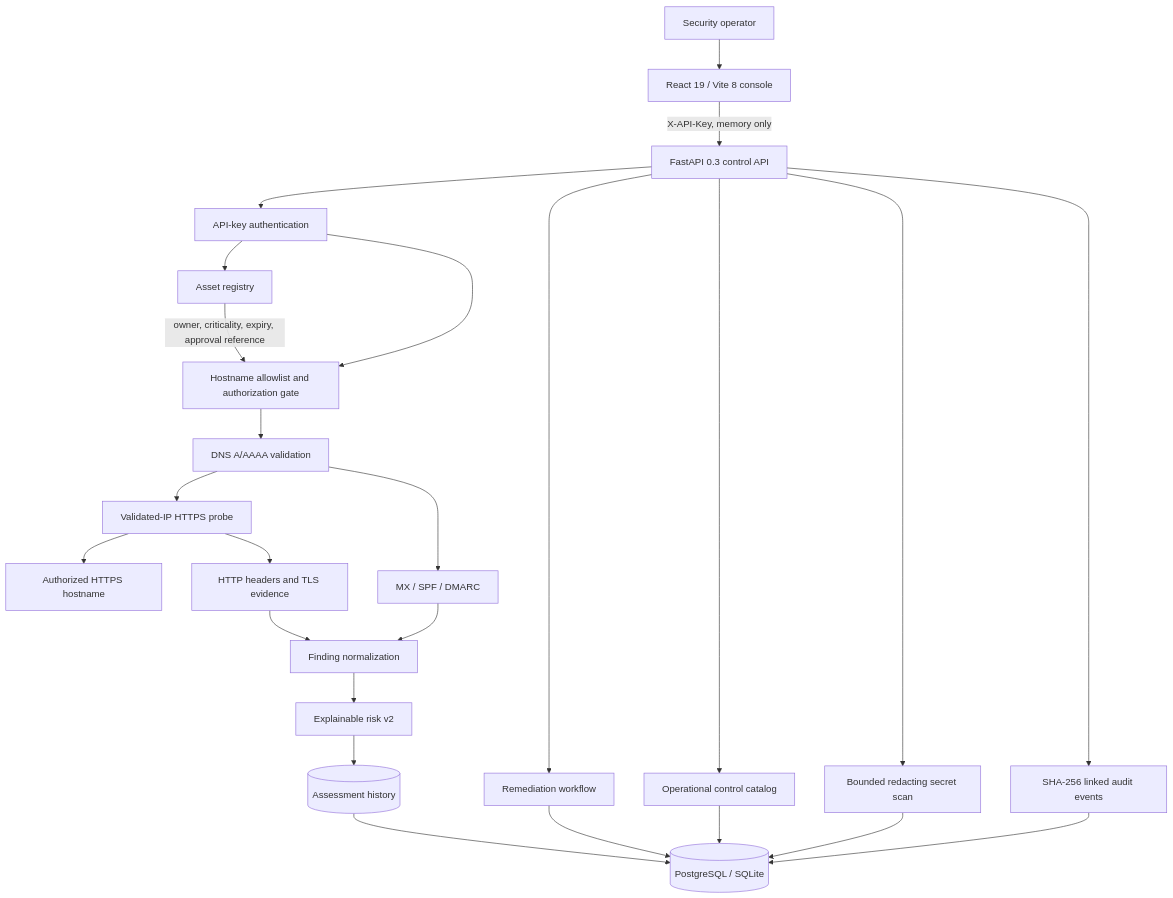
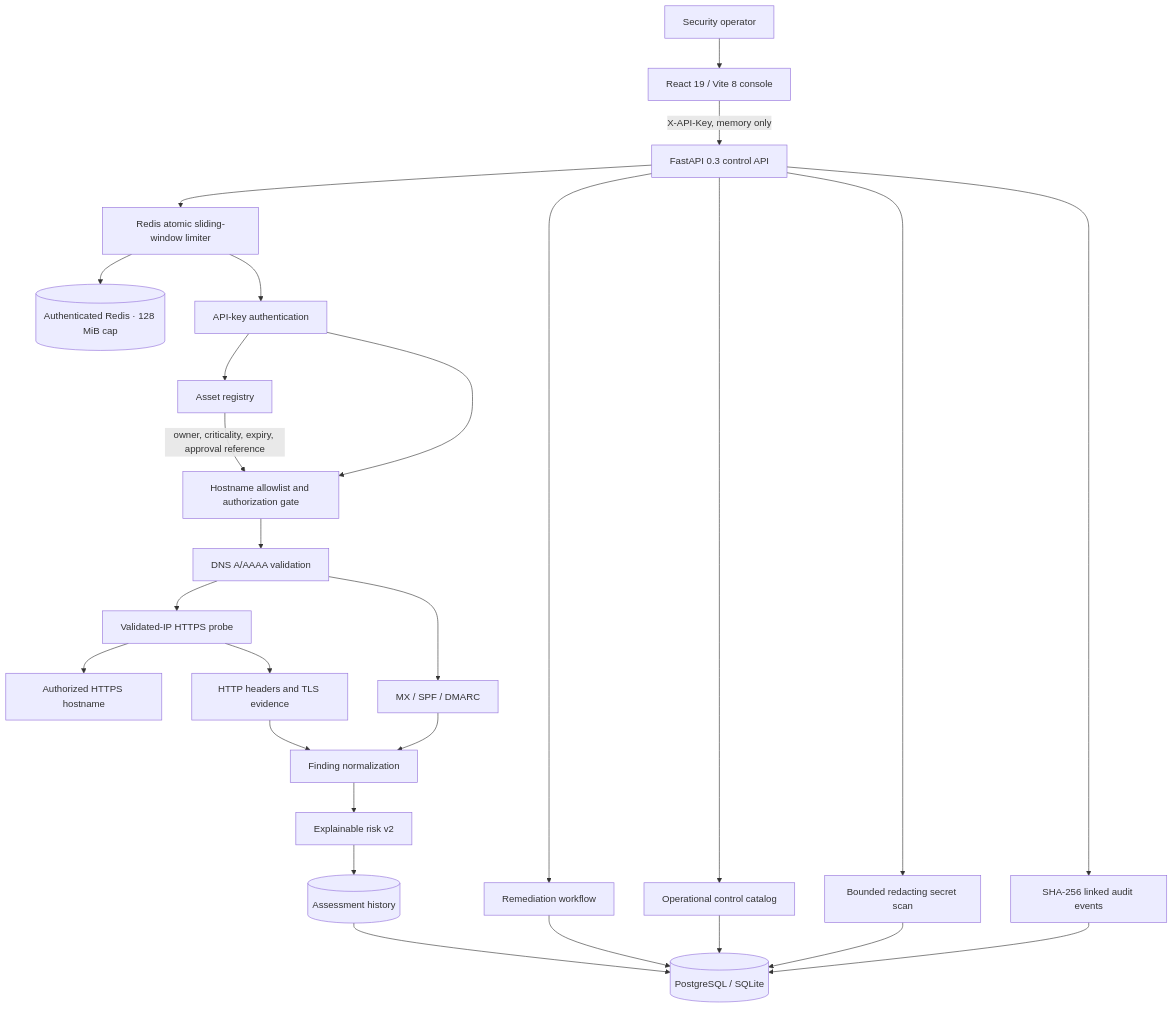
One commit to tasnimamin38/sentinel-cybersecurity-suite changed the diagram in docs/blueprint/system-architecture.md. Above: the diagram before and after it, drawn with Mermaid. The commit also changed other lines of this file and 19 other files, not shown here.

```diff
--- a/docs/blueprint/system-architecture.md
+++ b/docs/blueprint/system-architecture.md
@@ -21,27 +21,29 @@
 ~~~mermaid
 flowchart TB
   OP[Security operator] --> WEB[React 19 / Vite 8 console]
   WEB -->|X-API-Key, memory only| API[FastAPI 0.3 control API]
-  API --> AUTH[API-key authentication]
+  API --> RL[Redis atomic sliding-window limiter]
+  RL --> REDIS[(Authenticated Redis · 128 MiB cap)]
+  RL --> AUTH[API-key authentication]
   AUTH --> INV[Asset registry]
   INV -->|owner, criticality, expiry, approval reference| SCOPE[Hostname allowlist and authorization gate]
   AUTH --> SCOPE
   SCOPE --> DNS[DNS A/AAAA validation]
   DNS --> PIN[Validated-IP HTTPS probe]
   PIN --> TARGET[Authorized HTTPS hostname]
   PIN --> HEAD[HTTP headers and TLS evidence]
   DNS --> EMAIL[MX / SPF / DMARC]
   HEAD --> FIND[Finding normalization]
   EMAIL --> FIND
   FIND --> RISK[Explainable risk v2]
   RISK --> ASSESS[(Assessment history)]
   API --> TASK[Remediation workflow]
   API --> CTRL[Operational control catalog]
   API --> SECRET[Bounded redacting secret scan]
   API --> AUDIT[SHA-256 linked audit events]
   TASK --> DB[(PostgreSQL / SQLite)]
   CTRL --> DB
   SECRET --> DB
   AUDIT --> DB
   ASSESS --> DB
 ~~~
```
